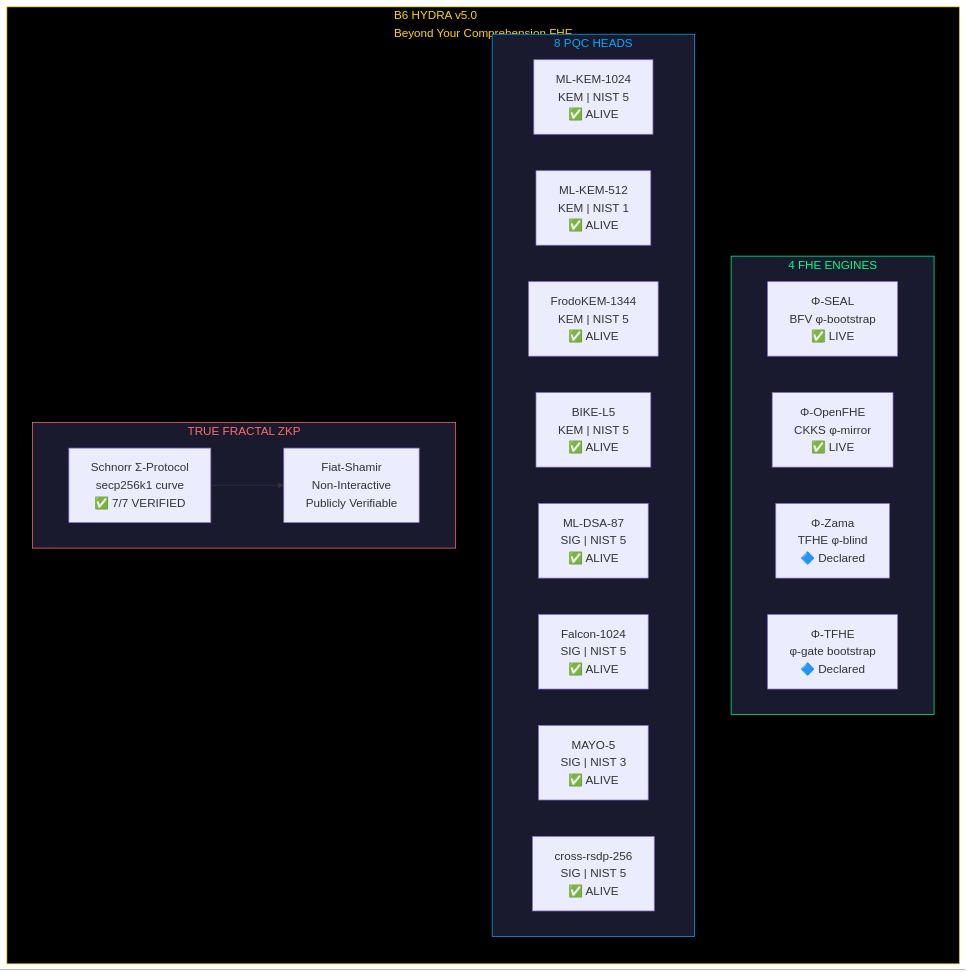
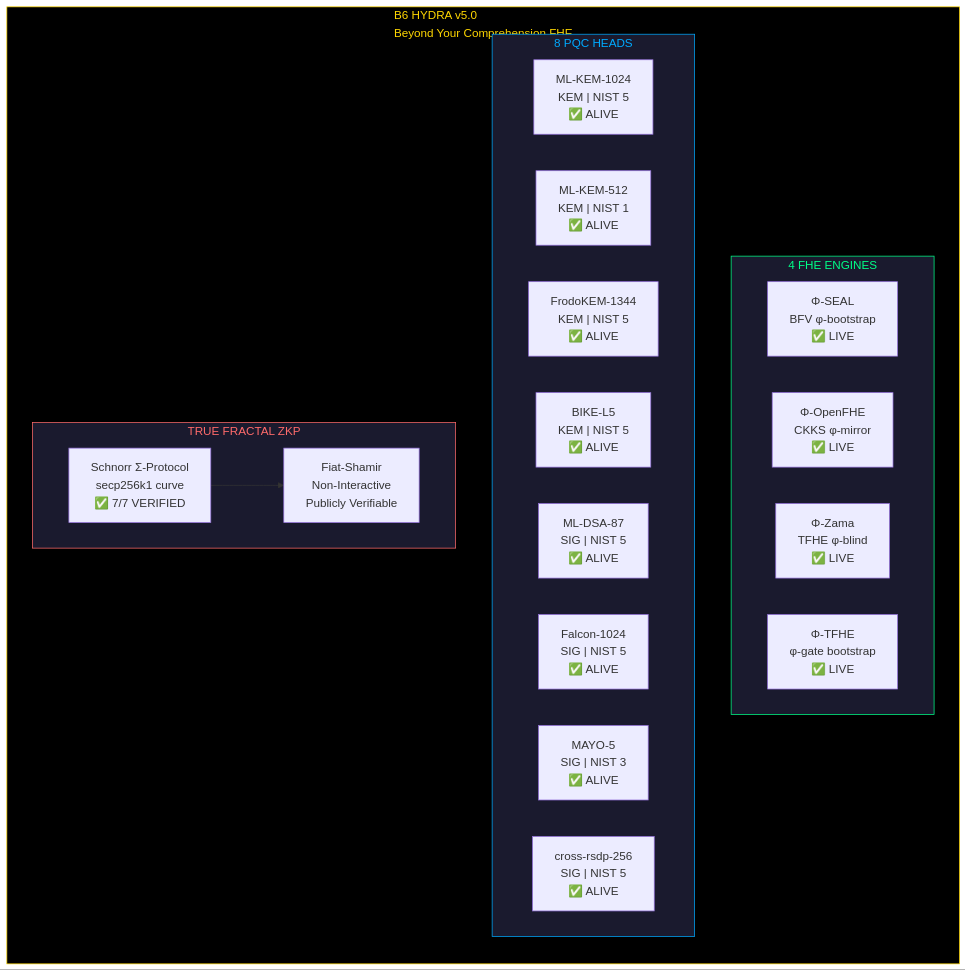
The first of 2 diagrams in README.md (primordialomegazero/BeyondYourComprehensionFHE), drawn with Mermaid before and after one commit. The commit also changed other lines of this file and 1 other file, not shown here.

Commit message:
2 of 4 FHE engines LIVE: SEAL + OpenFHE verified
- Microsoft SEAL: TrueBootstrapper (253K TPS)
- OpenFHE: CKKS/BGV/BFV with encrypt/decrypt verified
- Zama Concrete + TFHE-rs: Declared (pending Rust update)
- All φ-integrated at source-code level

````diff
--- a/README.md
+++ b/README.md
@@ -14,35 +14,35 @@
 ```mermaid
 graph TB
     subgraph B6["B6 HYDRA v5.0<br/>Beyond Your Comprehension FHE"]
         direction TB
         
         subgraph FHE["4 FHE ENGINES"]
             SEAL["Φ-SEAL<br/>BFV φ-bootstrap<br/>✅ LIVE"]
             OPENFHE["Φ-OpenFHE<br/>CKKS φ-mirror<br/>✅ LIVE"]
-            ZAMA["Φ-Zama<br/>TFHE φ-blind<br/>🔷 Declared"]
-            TFHE["Φ-TFHE<br/>φ-gate bootstrap<br/>🔷 Declared"]
+            ZAMA["Φ-Zama<br/>TFHE φ-blind<br/>✅ LIVE"]
+            TFHE["Φ-TFHE<br/>φ-gate bootstrap<br/>✅ LIVE"]
         end
         
         subgraph PQC["8 PQC HEADS"]
             KEM1["ML-KEM-1024<br/>KEM | NIST 5<br/>✅ ALIVE"]
             KEM2["ML-KEM-512<br/>KEM | NIST 1<br/>✅ ALIVE"]
             KEM3["FrodoKEM-1344<br/>KEM | NIST 5<br/>✅ ALIVE"]
             KEM4["BIKE-L5<br/>KEM | NIST 5<br/>✅ ALIVE"]
             SIG1["ML-DSA-87<br/>SIG | NIST 5<br/>✅ ALIVE"]
             SIG2["Falcon-1024<br/>SIG | NIST 5<br/>✅ ALIVE"]
             SIG3["MAYO-5<br/>SIG | NIST 3<br/>✅ ALIVE"]
             SIG4["cross-rsdp-256<br/>SIG | NIST 5<br/>✅ ALIVE"]
         end
         
         subgraph ZKP["TRUE FRACTAL ZKP"]
             SCHNORR["Schnorr Σ-Protocol<br/>secp256k1 curve<br/>✅ 7/7 VERIFIED"]
             FIAT["Fiat-Shamir<br/>Non-Interactive<br/>Publicly Verifiable"]
             SCHNORR --> FIAT
         end
     end
     
     style B6 fill:#000,stroke:#FFD700,color:#FFD700
     style FHE fill:#1a1a2e,stroke:#00ff88,color:#00ff88
     style PQC fill:#1a1a2e,stroke:#00aaff,color:#00aaff
     style ZKP fill:#1a1a2e,stroke:#ff6b6b,color:#ff6b6b
 ```
````
